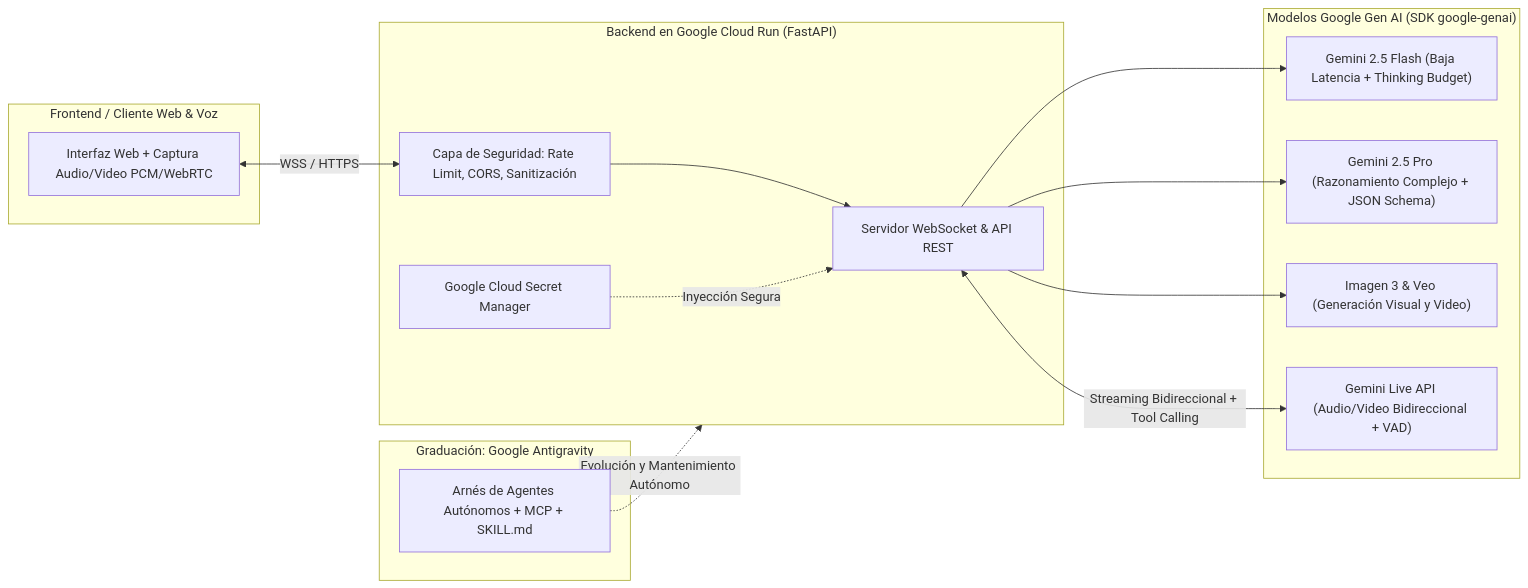
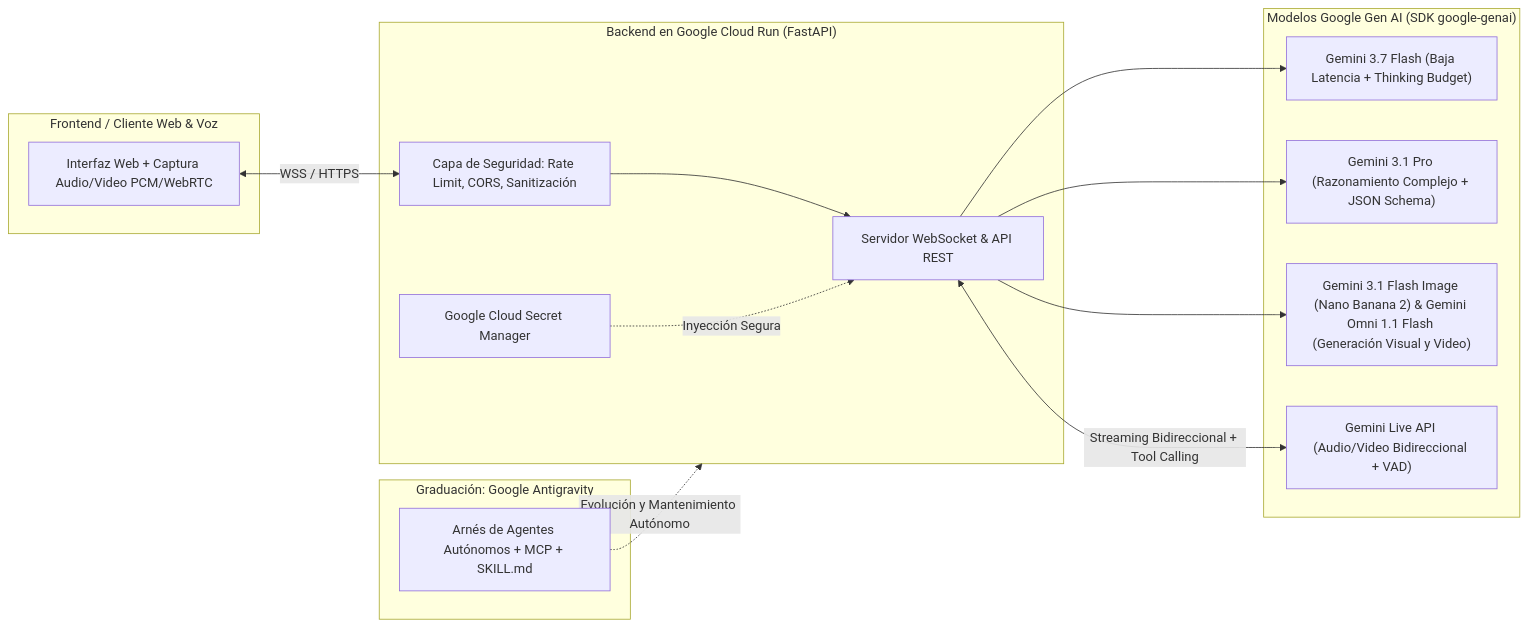
Before and after one commit to AllInVaders/aistudio-full-course: the diagram in es/README.md, drawn with Mermaid. The commit also changed other lines of this file and 30 other files, not shown here.

Commit message:
feat: upgrade all models across curriculum, labs, portal & notebooks to Sep 2026 lineup (Gemini 3.7 Flash, 3.1 Pro, Gemini 3.1 Flash Image / Nano Banana 2, Gemini Omni 1.1 Flash Video, Gemini 3.8 Live)

````diff
--- a/es/README.md
+++ b/es/README.md
@@ -18,32 +18,32 @@
 ```mermaid
 flowchart LR
     subgraph Cliente["Frontend / Cliente Web & Voz"]
         UI["Interfaz Web + Captura Audio/Video PCM/WebRTC"]
     end
 
     subgraph CloudRun["Backend en Google Cloud Run (FastAPI)"]
         WS["Servidor WebSocket & API REST"]
         SEC["Capa de Seguridad: Rate Limit, CORS, Sanitización"]
         SM["Google Cloud Secret Manager"]
     end
 
     subgraph Gemini["Modelos Google Gen AI (SDK google-genai)"]
-        FLASH["Gemini 2.5 Flash (Baja Latencia + Thinking Budget)"]
-        PRO["Gemini 2.5 Pro (Razonamiento Complejo + JSON Schema)"]
-        MEDIA["Imagen 3 & Veo (Generación Visual y Video)"]
+        FLASH["Gemini 3.7 Flash (Baja Latencia + Thinking Budget)"]
+        PRO["Gemini 3.1 Pro (Razonamiento Complejo + JSON Schema)"]
+        MEDIA["Gemini 3.1 Flash Image (Nano Banana 2) & Gemini Omni 1.1 Flash (Generación Visual y Video)"]
         LIVE["Gemini Live API (Audio/Video Bidireccional + VAD)"]
     end
 
     subgraph Antigravity["Graduación: Google Antigravity"]
         AG["Arnés de Agentes Autónomos + MCP + SKILL.md"]
     end
 
     UI <-->|"WSS / HTTPS"| SEC
     SEC --> WS
     SM -.->|"Inyección Segura"| WS
     WS --> FLASH
     WS --> PRO
     WS --> MEDIA
     WS <-->|"Streaming Bidireccional + Tool Calling"| LIVE
     AG -.->|"Evolución y Mantenimiento Autónomo"| CloudRun
 ```
````
